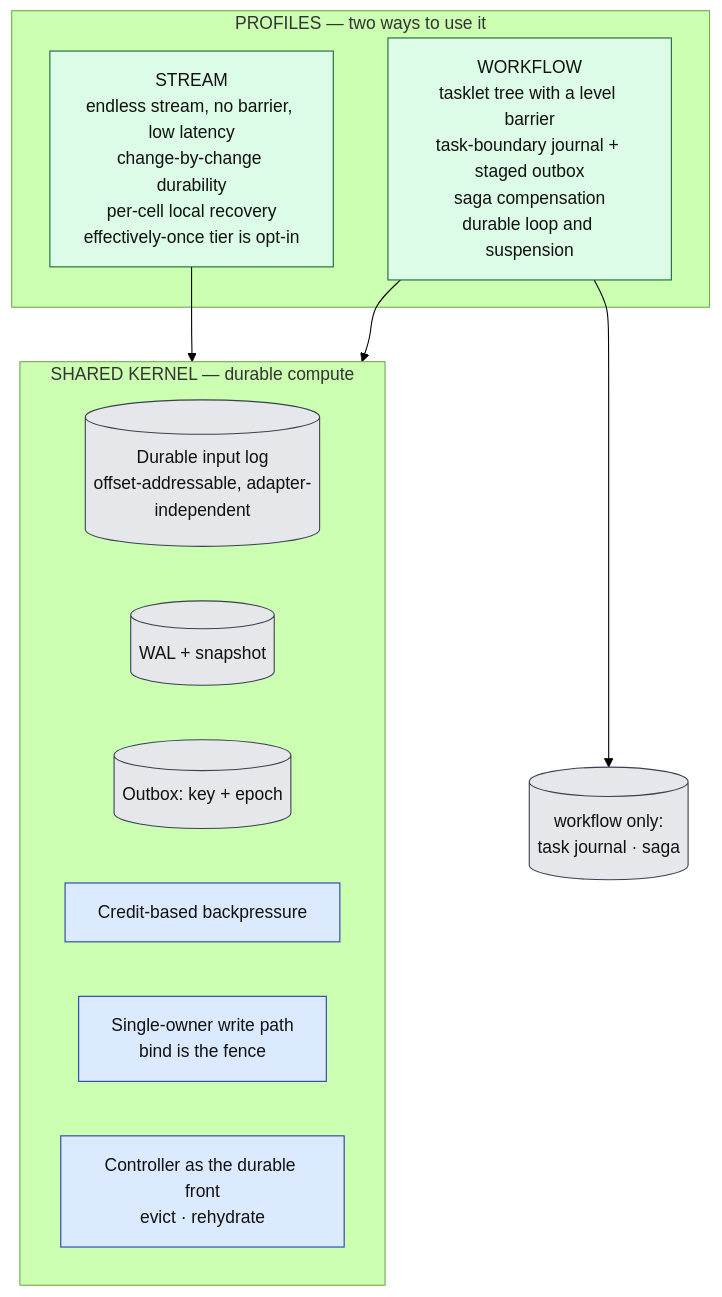
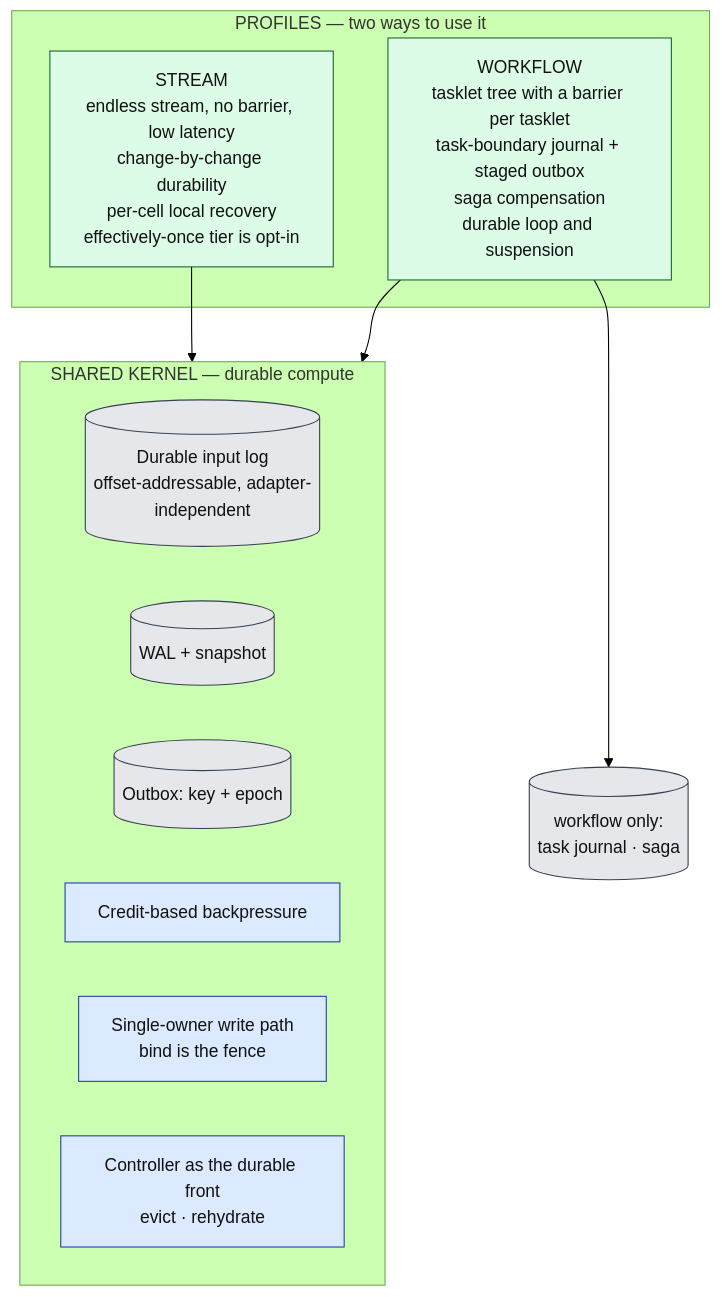
Before and after one commit to Flezha/flezha: the fifth of 9 diagrams in docs/architecture/README.md, drawn with Mermaid (forest theme). The commit also changed other lines of this file and 76 other files, not shown here.

````diff
--- a/docs/architecture/README.md
+++ b/docs/architecture/README.md
@@ -235,24 +235,24 @@
 ```mermaid
 flowchart TB
     subgraph PROF["PROFILES — two ways to use it"]
         UNB["STREAM<br/>endless stream, no barrier, low latency<br/>change-by-change durability<br/>per-cell local recovery<br/>effectively-once tier is opt-in"]:::exec
-        BND["WORKFLOW<br/>tasklet tree with a level barrier<br/>task-boundary journal + staged outbox<br/>saga compensation<br/>durable loop and suspension"]:::exec
+        BND["WORKFLOW<br/>tasklet tree with a barrier per tasklet<br/>task-boundary journal + staged outbox<br/>saga compensation<br/>durable loop and suspension"]:::exec
     end
     subgraph KERN["SHARED KERNEL — durable compute"]
         K1[("Durable input log<br/>offset-addressable, adapter-independent")]:::store
         K2[("WAL + snapshot")]:::store
         K3[("Outbox: key + epoch")]:::store
         K4["Credit-based backpressure"]:::ctrl
         K5["Single-owner write path<br/>bind is the fence"]:::ctrl
         K6["Controller as the durable front<br/>evict · rehydrate"]:::ctrl
     end
     BEXTRA[("workflow only:<br/>task journal · saga")]:::store
 
     UNB --> KERN
     BND --> KERN
     BND --> BEXTRA
 
     classDef ctrl fill:#dbeafe,stroke:#1e40af,color:#111
     classDef exec fill:#dcfce7,stroke:#166534,color:#111
     classDef store fill:#e5e7eb,stroke:#374151,color:#111
 ```
````
